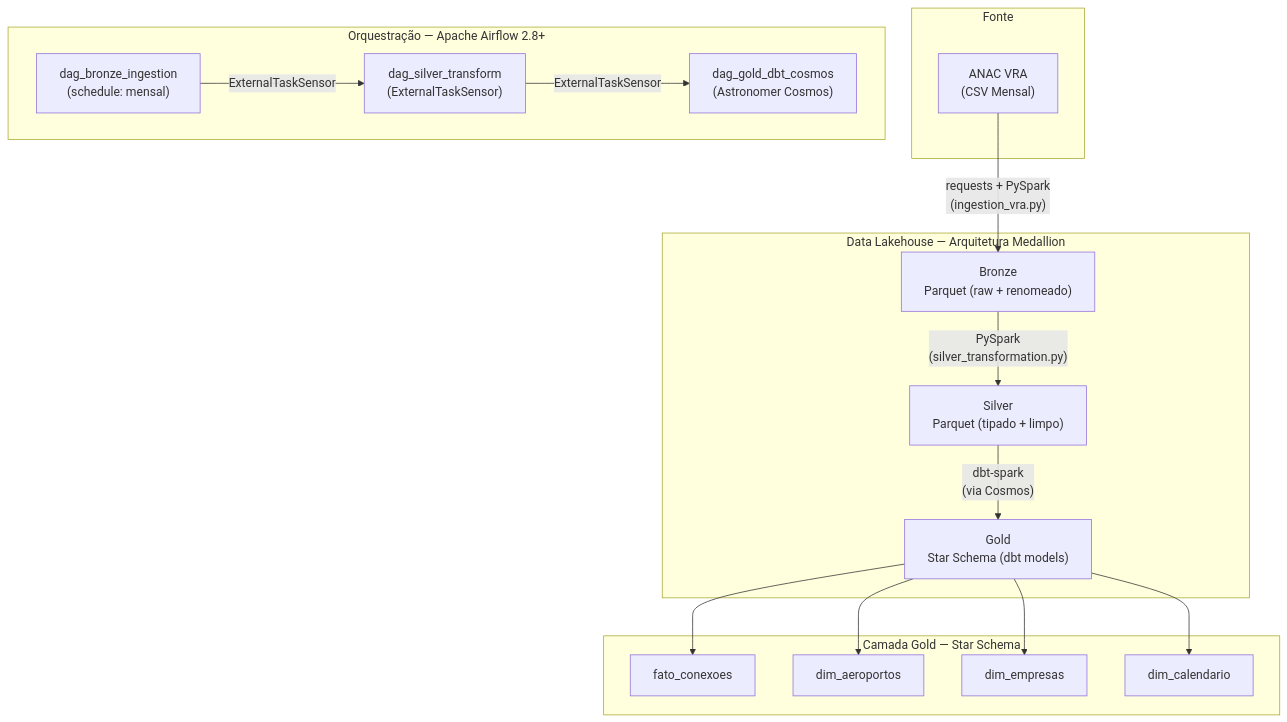
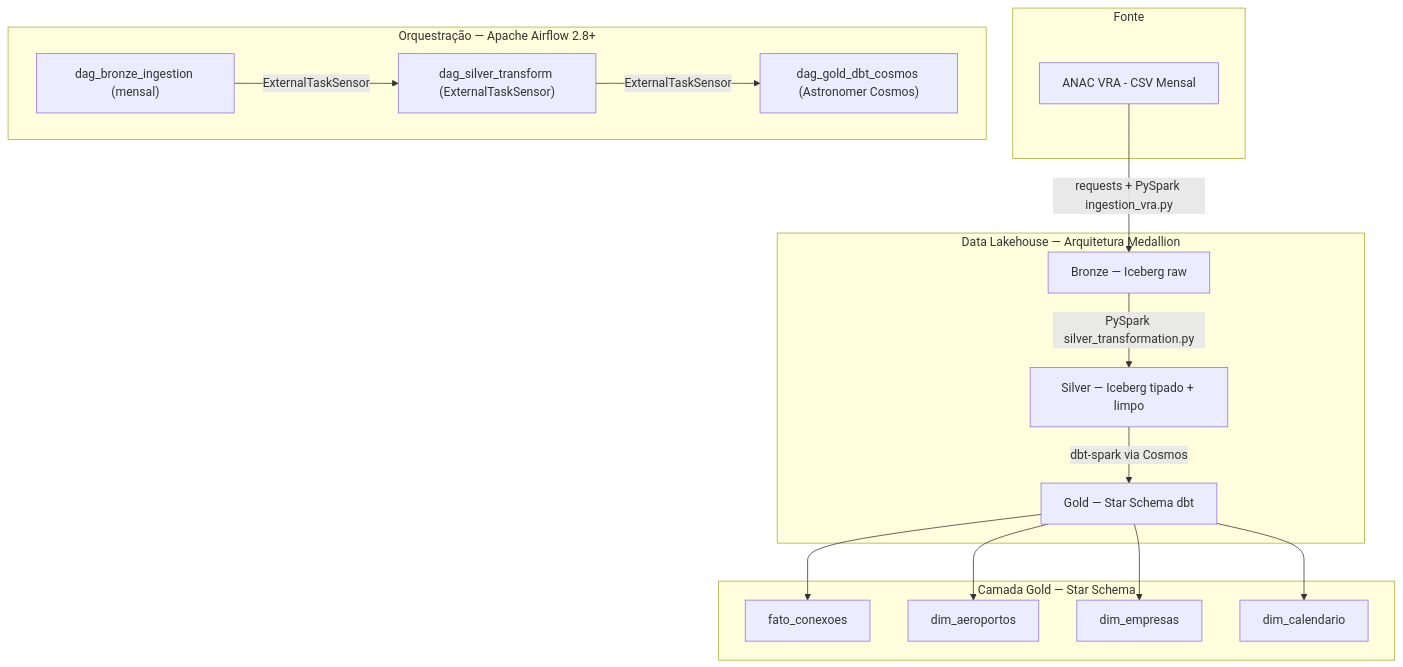
One commit to Pacodeoliv/gru-connect-analytics changed the diagram in readme.md. Above: the diagram before and after it, drawn with Mermaid. The commit also changed other lines of this file and 2 other files, not shown here.

Commit message:
fix: mermaid labels, CI/CD triggers for dev branch and dbt-duckdb adapter for CI

````diff
--- a/readme.md
+++ b/readme.md
@@ -29,35 +29,35 @@
 ```mermaid
 graph TD
     subgraph Fonte
-        ANAC["ANAC VRA\n(CSV Mensal)"]
+        ANAC["ANAC VRA - CSV Mensal"]
     end
 
     subgraph Airflow["Orquestração — Apache Airflow 2.8+"]
-        DAG_B["dag_bronze_ingestion\n(schedule: mensal)"]
-        DAG_S["dag_silver_transform\n(ExternalTaskSensor)"]
-        DAG_G["dag_gold_dbt_cosmos\n(Astronomer Cosmos)"]
+        DAG_B["dag_bronze_ingestion (mensal)"]
+        DAG_S["dag_silver_transform (ExternalTaskSensor)"]
+        DAG_G["dag_gold_dbt_cosmos (Astronomer Cosmos)"]
         DAG_B -->|ExternalTaskSensor| DAG_S
         DAG_S -->|ExternalTaskSensor| DAG_G
     end
 
     subgraph Lakehouse["Data Lakehouse — Arquitetura Medallion"]
-        BRONZE["Bronze\nParquet (raw + renomeado)"]
-        SILVER["Silver\nParquet (tipado + limpo)"]
-        GOLD["Gold\nStar Schema (dbt models)"]
-        BRONZE -->|"PySpark\n(silver_transformation.py)"| SILVER
-        SILVER -->|"dbt-spark\n(via Cosmos)"| GOLD
+        BRONZE["Bronze — Iceberg raw"]
+        SILVER["Silver — Iceberg tipado + limpo"]
+        GOLD["Gold — Star Schema dbt"]
+        BRONZE -->|"PySpark silver_transformation.py"| SILVER
+        SILVER -->|"dbt-spark via Cosmos"| GOLD
     end
 
     subgraph Gold_Tables["Camada Gold — Star Schema"]
         FATO["fato_conexoes"]
         D1["dim_aeroportos"]
         D2["dim_empresas"]
         D3["dim_calendario"]
         GOLD --> FATO
         GOLD --> D1
         GOLD --> D2
         GOLD --> D3
     end
 
-    ANAC -->|"requests + PySpark\n(ingestion_vra.py)"| BRONZE
+    ANAC -->|"requests + PySpark ingestion_vra.py"| BRONZE
 ```
````
